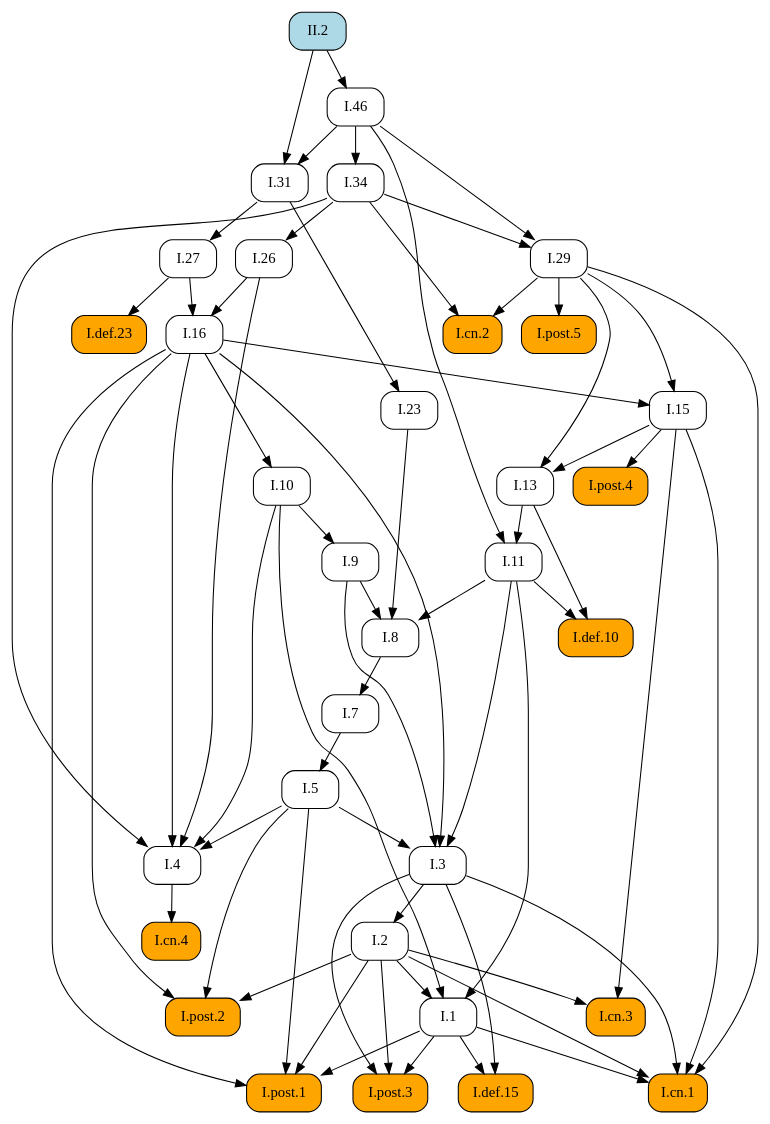
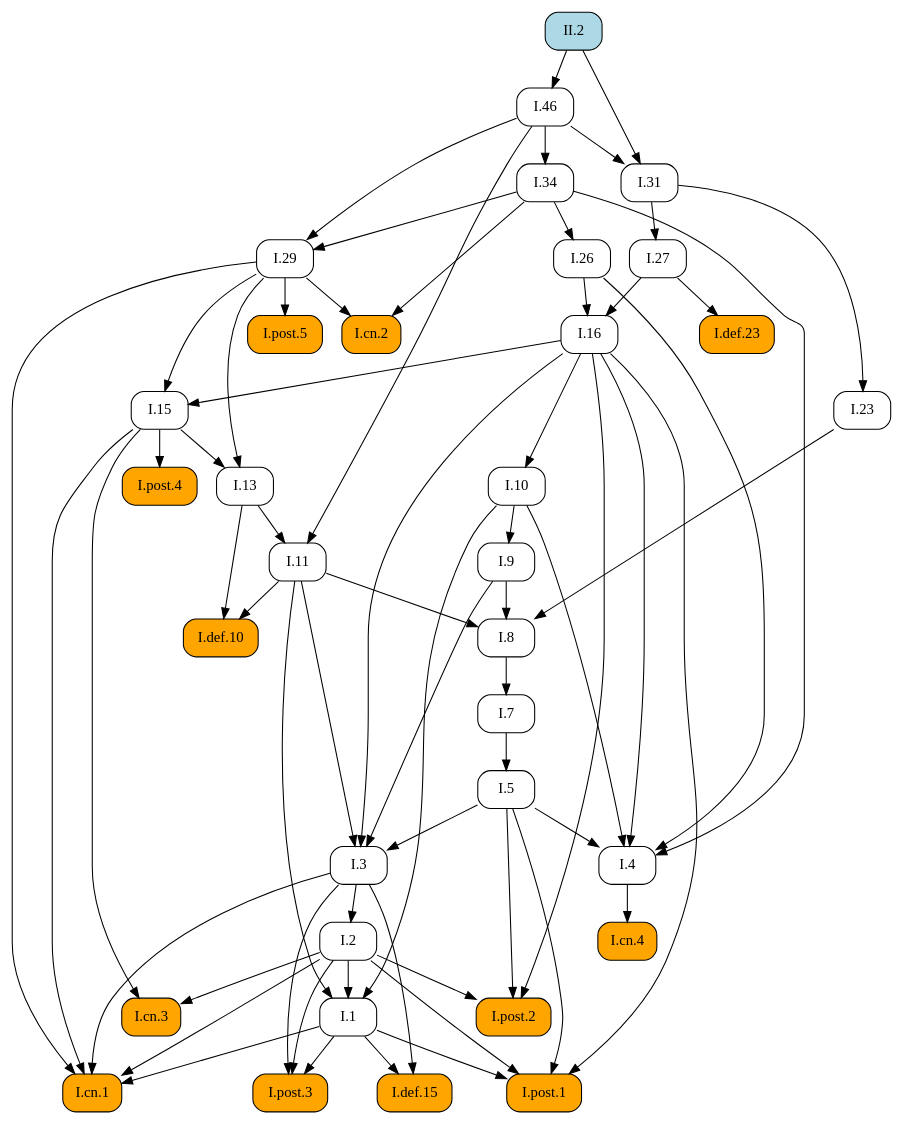
One commit to geometor/elements changed the diagram in docsrc/heath/II/2/index.rst. Above: the diagram before and after it, drawn with Graphviz. The commit also changed other lines of this file and 484 other files, not shown here.

```diff
--- a/docsrc/heath/II/2/index.rst
+++ b/docsrc/heath/II/2/index.rst
@@ -45,101 +45,101 @@
    digraph {
      rankdir="TB";
      node [shape=box, style=rounded];
-     "I.def.10" [style="rounded,filled", fillcolor=orange, URL="/heath/I/def.10/", target="_top"];
-     "I.11" [URL="/heath/I/11/", target="_top"];
-     "I.post.4" [style="rounded,filled", fillcolor=orange, URL="/heath/I/post.4/", target="_top"];
-     "I.1" [URL="/heath/I/1/", target="_top"];
-     "I.26" [URL="/heath/I/26/", target="_top"];
-     "I.29" [URL="/heath/I/29/", target="_top"];
-     "I.cn.2" [style="rounded,filled", fillcolor=orange, URL="/heath/I/cn.2/", target="_top"];
+     "I.23" [URL="/heath/I/23/", target="_top"];
+     "I.9" [URL="/heath/I/9/", target="_top"];
      "I.def.15" [style="rounded,filled", fillcolor=orange, URL="/heath/I/def.15/", target="_top"];
      "I.post.3" [style="rounded,filled", fillcolor=orange, URL="/heath/I/post.3/", target="_top"];
-     "I.cn.1" [style="rounded,filled", fillcolor=orange, URL="/heath/I/cn.1/", target="_top"];
-     "I.cn.3" [style="rounded,filled", fillcolor=orange, URL="/heath/I/cn.3/", target="_top"];
-     "I.23" [URL="/heath/I/23/", target="_top"];
      "I.post.1" [style="rounded,filled", fillcolor=orange, URL="/heath/I/post.1/", target="_top"];
+     "I.31" [URL="/heath/I/31/", target="_top"];
+     "I.def.10" [style="rounded,filled", fillcolor=orange, URL="/heath/I/def.10/", target="_top"];
      "I.27" [URL="/heath/I/27/", target="_top"];
-     "I.46" [URL="/heath/I/46/", target="_top"];
-     "II.2" [style="rounded,filled", fillcolor=lightblue, URL="/heath/II/2/", target="_top"];
-     "I.7" [URL="/heath/I/7/", target="_top"];
      "I.34" [URL="/heath/I/34/", target="_top"];
      "I.3" [URL="/heath/I/3/", target="_top"];
+     "I.cn.1" [style="rounded,filled", fillcolor=orange, URL="/heath/I/cn.1/", target="_top"];
+     "I.7" [URL="/heath/I/7/", target="_top"];
      "I.2" [URL="/heath/I/2/", target="_top"];
+     "I.13" [URL="/heath/I/13/", target="_top"];
+     "I.post.4" [style="rounded,filled", fillcolor=orange, URL="/heath/I/post.4/", target="_top"];
+     "I.4" [URL="/heath/I/4/", target="_top"];
+     "I.1" [URL="/heath/I/1/", target="_top"];
+     "I.5" [URL="/heath/I/5/", target="_top"];
+     "I.8" [URL="/heath/I/8/", target="_top"];
+     "I.29" [URL="/heath/I/29/", target="_top"];
+     "I.cn.3" [style="rounded,filled", fillcolor=orange, URL="/heath/I/cn.3/", target="_top"];
+     "I.16" [URL="/heath/I/16/", target="_top"];
+     "I.15" [URL="/heath/I/15/", target="_top"];
+     "II.2" [style="rounded,filled", fillcolor=lightblue, URL="/heath/II/2/", target="_top"];
+     "I.10" [URL="/heath/I/10/", target="_top"];
+     "I.11" [URL="/heath/I/11/", target="_top"];
      "I.def.23" [style="rounded,filled", fillcolor=orange, URL="/heath/I/def.23/", target="_top"];
-     "I.4" [URL="/heath/I/4/", target="_top"];
-     "I.13" [URL="/heath/I/13/", target="_top"];
-     "I.31" [URL="/heath/I/31/", target="_top"];
+     "I.cn.2" [style="rounded,filled", fillcolor=orange, URL="/heath/I/cn.2/", target="_top"];
+     "I.post.5" [style="rounded,filled", fillcolor=orange, URL="/heath/I/post.5/", target="_top"];
+     "I.cn.4" [style="rounded,filled", fillcolor=orange, URL="/heath/I/cn.4/", target="_top"];
      "I.post.2" [style="rounded,filled", fillcolor=orange, URL="/heath/I/post.2/", target="_top"];
-     "I.16" [URL="/heath/I/16/", target="_top"];
-     "I.9" [URL="/heath/I/9/", target="_top"];
-     "I.8" [URL="/heath/I/8/", target="_top"];
-     "I.cn.4" [style="rounded,filled", fillcolor=orange, URL="/heath/I/cn.4/", target="_top"];
-     "I.15" [URL="/heath/I/15/", target="_top"];
-     "I.post.5" [style="rounded,filled", fillcolor=orange, URL="/heath/I/post.5/", target="_top"];
-     "I.10" [URL="/heath/I/10/", target="_top"];
-     "I.5" [URL="/heath/I/5/", target="_top"];
-     "I.11" -> "I.def.10";
-     "I.13" -> "I.def.10";
-     "I.13" -> "I.11";
-     "I.46" -> "I.11";
-     "I.15" -> "I.post.4";
-     "I.2" -> "I.1";
-     "I.10" -> "I.1";
-     "I.11" -> "I.1";
-     "I.34" -> "I.26";
-     "I.34" -> "I.29";
-     "I.46" -> "I.29";
-     "I.29" -> "I.cn.2";
-     "I.34" -> "I.cn.2";
+     "I.46" [URL="/heath/I/46/", target="_top"];
+     "I.26" [URL="/heath/I/26/", target="_top"];
+     "I.31" -> "I.23";
+     "I.10" -> "I.9";
      "I.1" -> "I.def.15";
      "I.3" -> "I.def.15";
      "I.1" -> "I.post.3";
      "I.2" -> "I.post.3";
      "I.3" -> "I.post.3";
+     "I.1" -> "I.post.1";
+     "I.2" -> "I.post.1";
+     "I.5" -> "I.post.1";
+     "I.16" -> "I.post.1";
+     "I.46" -> "I.31";
+     "II.2" -> "I.31";
+     "I.11" -> "I.def.10";
+     "I.13" -> "I.def.10";
+     "I.31" -> "I.27";
+     "I.46" -> "I.34";
+     "I.5" -> "I.3";
+     "I.9" -> "I.3";
+     "I.11" -> "I.3";
+     "I.16" -> "I.3";
      "I.1" -> "I.cn.1";
      "I.2" -> "I.cn.1";
      "I.3" -> "I.cn.1";
      "I.15" -> "I.cn.1";
      "I.29" -> "I.cn.1";
-     "I.2" -> "I.cn.3";
-     "I.15" -> "I.cn.3";
-     "I.31" -> "I.23";
-     "I.1" -> "I.post.1";
-     "I.2" -> "I.post.1";
-     "I.5" -> "I.post.1";
-     "I.16" -> "I.post.1";
-     "I.31" -> "I.27";
-     "II.2" -> "I.46";
      "I.8" -> "I.7";
-     "I.46" -> "I.34";
-     "I.5" -> "I.3";
-     "I.9" -> "I.3";
-     "I.11" -> "I.3";
-     "I.16" -> "I.3";
      "I.3" -> "I.2";
-     "I.27" -> "I.def.23";
+     "I.15" -> "I.13";
+     "I.29" -> "I.13";
+     "I.15" -> "I.post.4";
      "I.5" -> "I.4";
      "I.10" -> "I.4";
      "I.16" -> "I.4";
      "I.26" -> "I.4";
      "I.34" -> "I.4";
-     "I.15" -> "I.13";
-     "I.29" -> "I.13";
-     "I.46" -> "I.31";
-     "II.2" -> "I.31";
+     "I.2" -> "I.1";
+     "I.10" -> "I.1";
+     "I.11" -> "I.1";
+     "I.7" -> "I.5";
+     "I.9" -> "I.8";
+     "I.11" -> "I.8";
+     "I.23" -> "I.8";
+     "I.34" -> "I.29";
+     "I.46" -> "I.29";
+     "I.2" -> "I.cn.3";
+     "I.15" -> "I.cn.3";
+     "I.26" -> "I.16";
+     "I.27" -> "I.16";
+     "I.16" -> "I.15";
+     "I.29" -> "I.15";
+     "I.16" -> "I.10";
+     "I.13" -> "I.11";
+     "I.46" -> "I.11";
+     "I.27" -> "I.def.23";
+     "I.29" -> "I.cn.2";
+     "I.34" -> "I.cn.2";
+     "I.29" -> "I.post.5";
+     "I.4" -> "I.cn.4";
      "I.2" -> "I.post.2";
      "I.5" -> "I.post.2";
      "I.16" -> "I.post.2";
-     "I.26" -> "I.16";
-     "I.27" -> "I.16";
-     "I.10" -> "I.9";
-     "I.9" -> "I.8";
-     "I.11" -> "I.8";
-     "I.23" -> "I.8";
-     "I.4" -> "I.cn.4";
-     "I.16" -> "I.15";
-     "I.29" -> "I.15";
-     "I.29" -> "I.post.5";
-     "I.16" -> "I.10";
-     "I.7" -> "I.5";
+     "II.2" -> "I.46";
+     "I.34" -> "I.26";
    }
```
